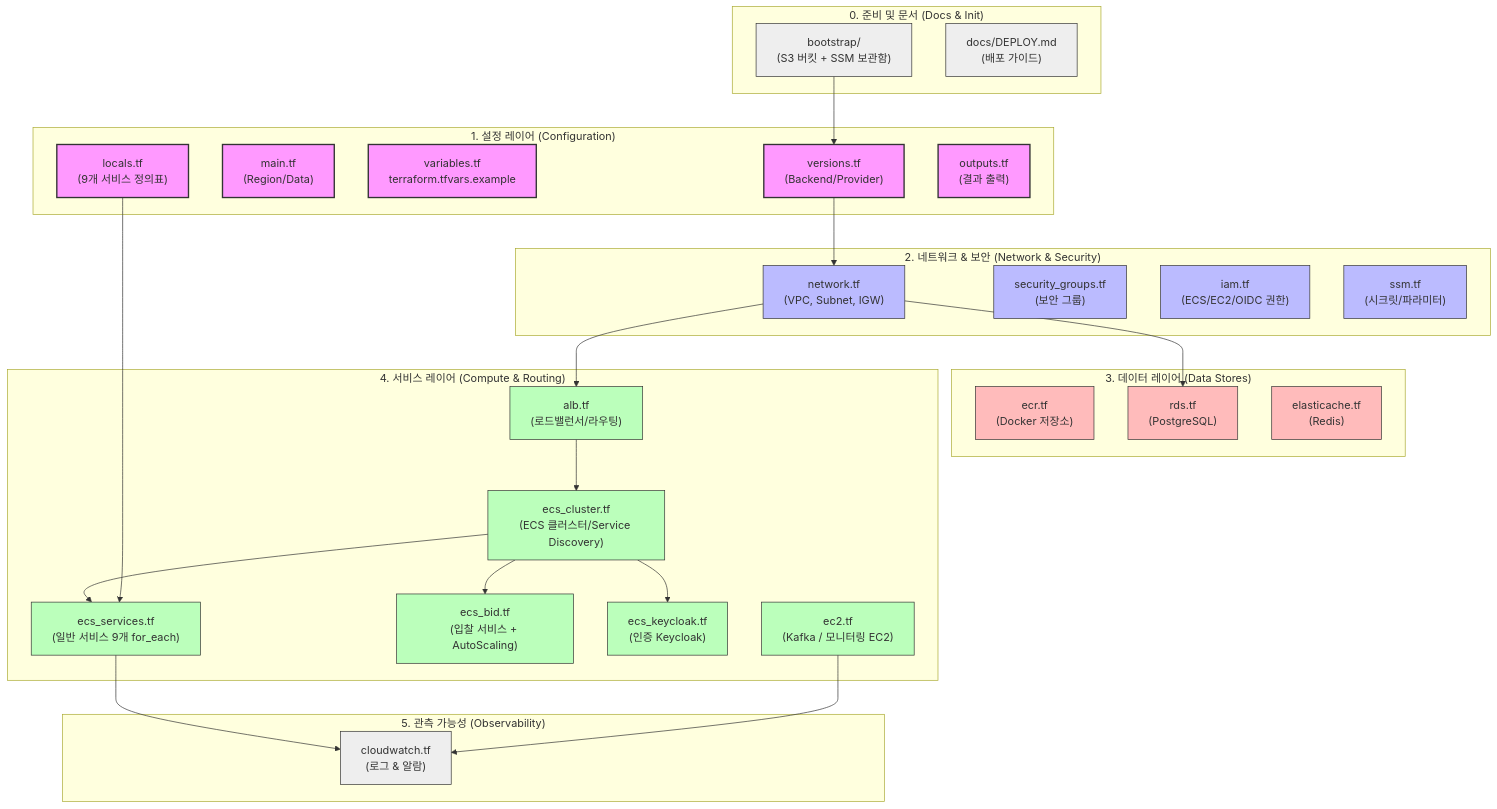
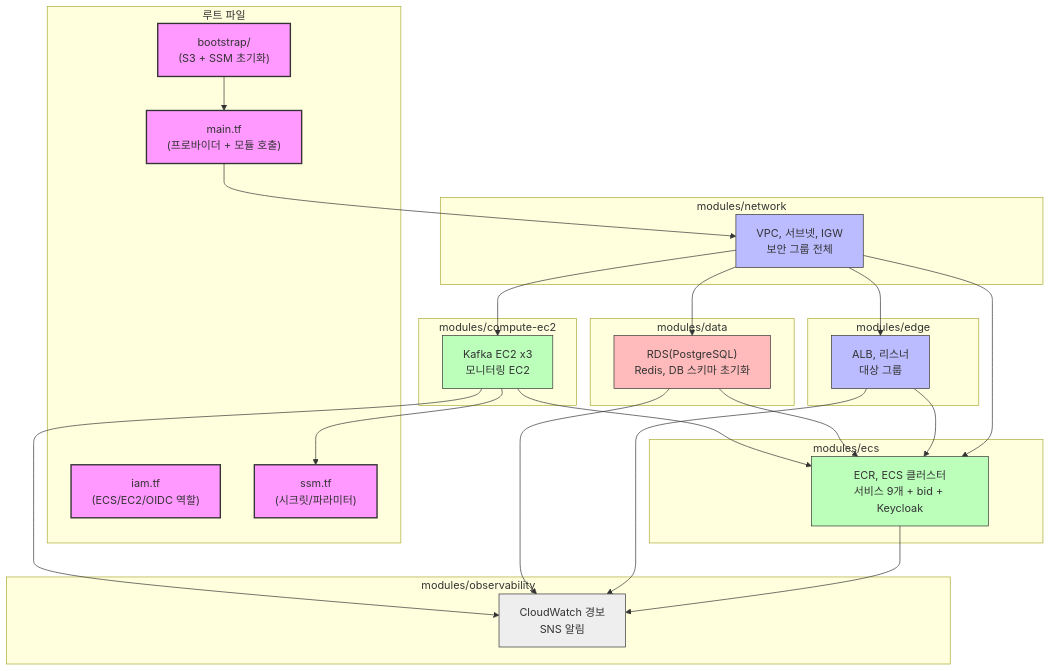
Before and after one commit to BankRupang/sanji-infra: the diagram in README.md, drawn with Mermaid. The commit also changed other lines of this file and 1 other file, not shown here.

Commit message:
docs: 문서 업데이트 (모듈화)

````diff
--- a/README.md
+++ b/README.md
@@ -109,73 +94,61 @@
 ```mermaid
 graph TD
-    %% 스타일 정의
     classDef config fill:#f9f,stroke:#333,stroke-width:2px;
     classDef network fill:#bbf,stroke:#333,stroke-width:1px;
     classDef data fill:#fbb,stroke:#333,stroke-width:1px;
     classDef compute fill:#bfb,stroke:#333,stroke-width:1px;
-    classDef doc fill:#eee,stroke:#333,stroke-width:1px;
+    classDef obs fill:#eee,stroke:#333,stroke-width:1px;
 
-    %% 1. 문서 및 초기화
-    subgraph Docs_Init ["0. 준비 및 문서 (Docs & Init)"]
-        bootstrap["bootstrap/<br>(S3 버킷 + SSM 보관함)"]
-        deploy["docs/DEPLOY.md<br>(배포 가이드)"]
-    end
-    class bootstrap,deploy doc;
-
-    %% 2. 공통 설정 레이어
-    subgraph Config_Layer ["1. 설정 레이어 (Configuration)"]
-        versions["versions.tf<br>(Backend/Provider)"]
-        main["main.tf<br>(Region/Data)"]
-        vars["variables.tf<br>terraform.tfvars.example"]
-        locals["locals.tf<br>(9개 서비스 정의표)"]
-        outputs["outputs.tf<br>(결과 출력)"]
-    end
-    class versions,main,vars,locals,outputs config;
-
-    %% 3. 네트워크 및 보안 레이어
-    subgraph Network_Layer ["2. 네트워크 & 보안 (Network & Security)"]
-        network["network.tf<br>(VPC, Subnet, IGW)"]
-        sg["security_groups.tf<br>(보안 그룹)"]
-        iam["iam.tf<br>(ECS/EC2/OIDC 권한)"]
+    subgraph Root ["루트 파일"]
+        bootstrap["bootstrap/<br>(S3 + SSM 초기화)"]
+        main["main.tf<br>(프로바이더 + 모듈 호출)"]
+        iam["iam.tf<br>(ECS/EC2/OIDC 역할)"]
         ssm["ssm.tf<br>(시크릿/파라미터)"]
     end
-    class network,sg,iam,ssm network;
+    class bootstrap,main,iam,ssm config;
 
-    %% 4. 데이터 저장소 레이어
-    subgraph Data_Layer ["3. 데이터 레이어 (Data Stores)"]
-        ecr["ecr.tf<br>(Docker 저장소)"]
-        rds["rds.tf<br>(PostgreSQL)"]
-        elasticache["elasticache.tf<br>(Redis)"]
+    subgraph Mod_Network ["modules/network"]
+        net["VPC, 서브넷, IGW<br>보안 그룹 전체"]
     end
-    class ecr,rds,elasticache data;
+    class net network;
 
-    %% 5. 애플리케이션 및 컴퓨팅 레이어
-    subgraph Compute_Layer ["4. 서비스 레이어 (Compute & Routing)"]
-        alb["alb.tf<br>(로드밸런서/라우팅)"]
-        ecs_cluster["ecs_cluster.tf<br>(ECS 클러스터/Service Discovery)"]
-        ecs_services["ecs_services.tf<br>(일반 서비스 9개 for_each)"]
-        ecs_bid["ecs_bid.tf<br>(입찰 서비스 + AutoScaling)"]
-        ecs_keycloak["ecs_keycloak.tf<br>(인증 Keycloak)"]
-        ec2["ec2.tf<br>(Kafka / 모니터링 EC2)"]
+    subgraph Mod_Edge ["modules/edge"]
+        alb["ALB, 리스너<br>대상 그룹"]
     end
-    class alb,ecs_cluster,ecs_services,ecs_bid,ecs_keycloak,ec2 compute;
+    class alb network;
 
-    %% 6. 모니터링
-    subgraph Monitor_Layer ["5. 관측 가능성 (Observability)"]
-        cw["cloudwatch.tf<br>(로그 & 알람)"]
+    subgraph Mod_Data ["modules/data"]
+        rds["RDS(PostgreSQL)<br>Redis, DB 스키마 초기화"]
     end
-    class cw doc;
+    class rds data;
 
-    %% 의존성/흐름 시각화 (인프라 프로비저닝 순서)
-    bootstrap --> versions
-    versions --> network
-    network --> rds
-    network --> alb
-    locals --> ecs_services
-    alb --> ecs_cluster
-    ecs_cluster --> ecs_services
-    ecs_cluster --> ecs_bid
-    ecs_cluster --> ecs_keycloak
+    subgraph Mod_EC2 ["modules/compute-ec2"]
+        ec2["Kafka EC2 x3<br>모니터링 EC2"]
+    end
+    class ec2 compute;
+
+    subgraph Mod_ECS ["modules/ecs"]
+        ecs["ECR, ECS 클러스터<br>서비스 9개 + bid + Keycloak"]
+    end
+    class ecs compute;
+
+    subgraph Mod_Obs ["modules/observability"]
+        cw["CloudWatch 경보<br>SNS 알림"]
+    end
+    class cw obs;
+
+    bootstrap --> main
+    main --> net
+    net --> alb
+    net --> rds
+    net --> ec2
+    net --> ecs
+    alb --> ecs
+    rds --> ecs
+    ec2 --> ecs
+    ec2 --> ssm
+    ecs --> cw
+    alb --> cw
+    rds --> cw
     ec2 --> cw
-    ecs_services --> cw
 ```
````
